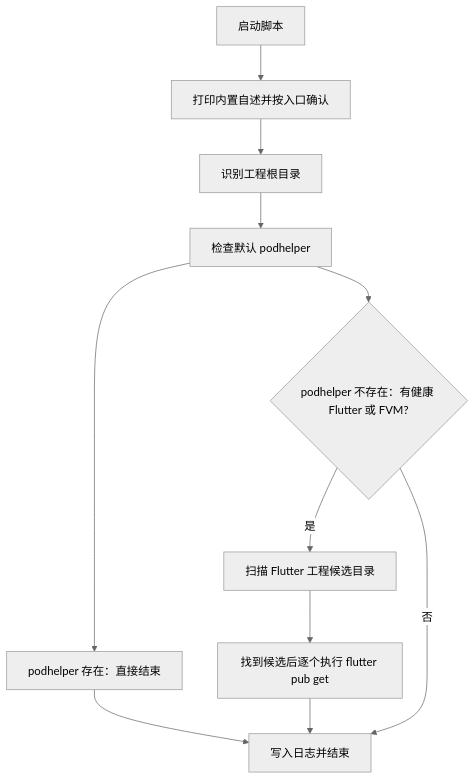
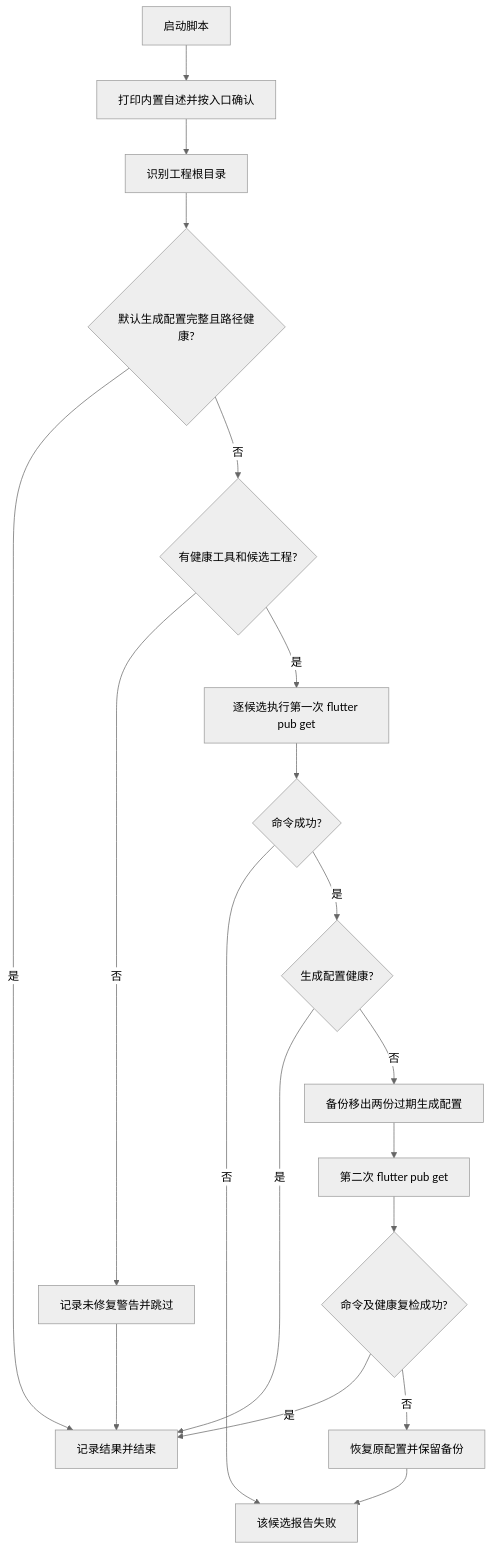
Before and after one commit to JobsKits/JobsSwiftBaseConfigDemo: the diagram in ScriptsByPods/拉取Flutter侧三方资源.sh/README.md, drawn with Mermaid (neutral theme). The commit also changed other lines of this file and 9 other files, not shown here.

````diff
--- a/ScriptsByPods/拉取Flutter侧三方资源.sh/README.md
+++ b/ScriptsByPods/拉取Flutter侧三方资源.sh/README.md
@@ -58,13 +70,21 @@
   ```mermaid
   flowchart TD
     A["启动脚本"] --> B["打印内置自述并按入口确认"]
     B --> C["识别工程根目录"]
-    C --> D["检查默认 podhelper"]
-    D --> D1["podhelper 存在：直接结束"]
-    D --> D2{"podhelper 不存在：有健康 Flutter 或 FVM?"}
-    D2 -->|是| E["扫描 Flutter 工程候选目录"]
-    D2 -->|否| Z
-    E --> F["找到候选后逐个执行 flutter pub get"]
-    D1 --> Z["写入日志并结束"]
-    F --> Z
+    C --> D{"默认生成配置完整且路径健康?"}
+    D -->|是| Z["记录结果并结束"]
+    D -->|否| E{"有健康工具和候选工程?"}
+    E -->|否| W["记录未修复警告并跳过"]
+    E -->|是| F["逐候选执行第一次 flutter pub get"]
+    F --> G{"命令成功?"}
+    G -->|否| X["该候选报告失败"]
+    G -->|是| H{"生成配置健康?"}
+    H -->|是| Z
+    H -->|否| I["备份移出两份过期生成配置"]
+    I --> J["第二次 flutter pub get"]
+    J --> K{"命令及健康复检成功?"}
+    K -->|是| Z
+    K -->|否| L["恢复原配置并保留备份"]
+    L --> X
+    W --> Z
   ```
````
